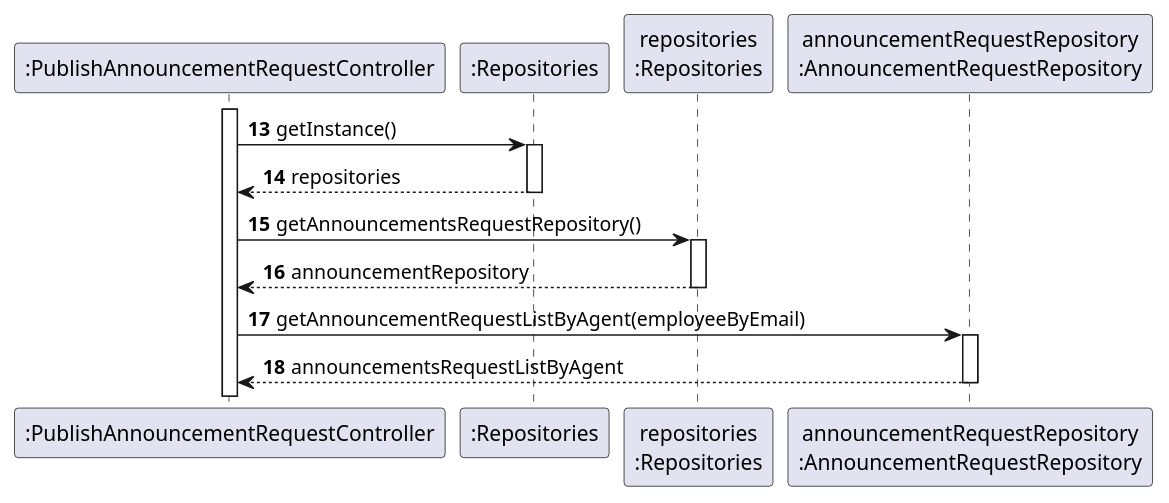
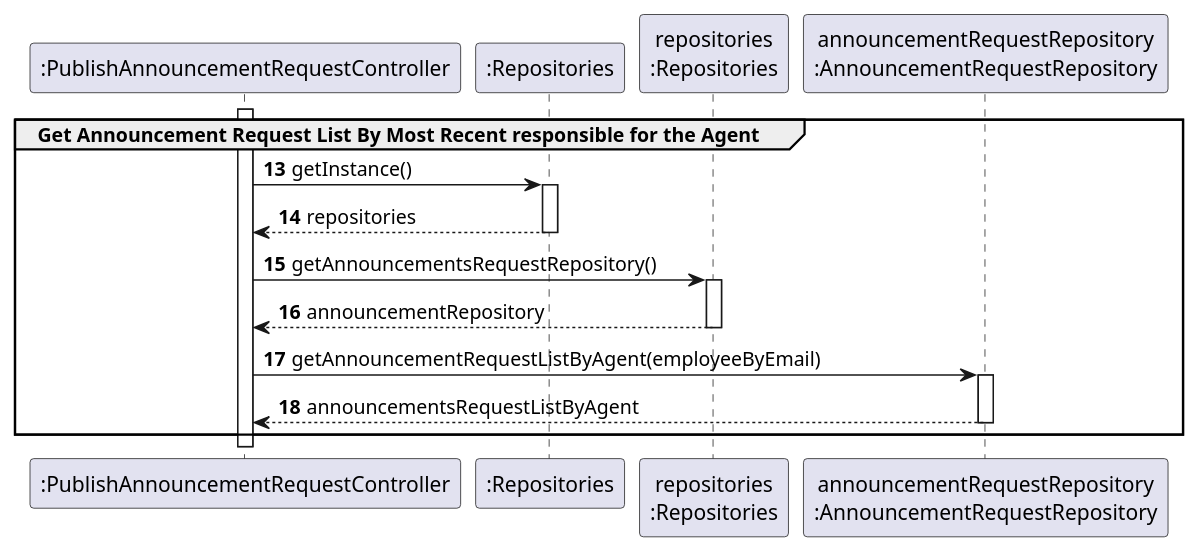
The diagram in docs/sprintC/US08/03.design/puml/us08-sequence-diagram-partial-getAnnouncementRequestListByMostRecent.puml (PureNimble/ISEP-LAPR2), drawn with PlantUML before and after one commit. The commit also changed 8 other files, not shown here.

Commit message:
US08-Updating the partial diagrams and adding the rest of the partial diagrams correcting names of the us08-system-diagram.puml to us08-system-diagram-full.puml and us08-system-diagram-full.puml to us08-system-diagram-split.puml

```diff
--- a/docs/sprintC/US08/03.design/puml/us08-sequence-diagram-partial-getAnnouncementRequestListByMostRecent.puml
+++ b/docs/sprintC/US08/03.design/puml/us08-sequence-diagram-partial-getAnnouncementRequestListByMostRecent.puml
@@ -1,31 +1,33 @@
 @startuml
 'https://plantuml.com/sequence-diagram
 
 participant ":PublishAnnouncementRequestController" as PublishAnnouncementRequestController
 participant ":Repositories" as Singleton
 participant "repositories\n:Repositories" as repositories
 participant "announcementRequestRepository\n:AnnouncementRequestRepository" as AnnouncementRequestRepository
 
 autonumber 13
+
+Group Get Announcement Request List By Most Recent responsible for the Agent
 
 activate PublishAnnouncementRequestController
 
 PublishAnnouncementRequestController -> Singleton: getInstance()
 activate Singleton
 
 Singleton --> PublishAnnouncementRequestController: repositories
 deactivate Singleton
 
 PublishAnnouncementRequestController -> repositories: getAnnouncementsRequestRepository()
 activate repositories
 
 repositories --> PublishAnnouncementRequestController:announcementRepository
 deactivate repositories
 
 PublishAnnouncementRequestController -> AnnouncementRequestRepository:getAnnouncementRequestListByAgent(employeeByEmail)
 activate AnnouncementRequestRepository
 
 AnnouncementRequestRepository --> PublishAnnouncementRequestController:announcementsRequestListByAgent
 deactivate AnnouncementRequestRepository
-
+end
 @enduml
```
